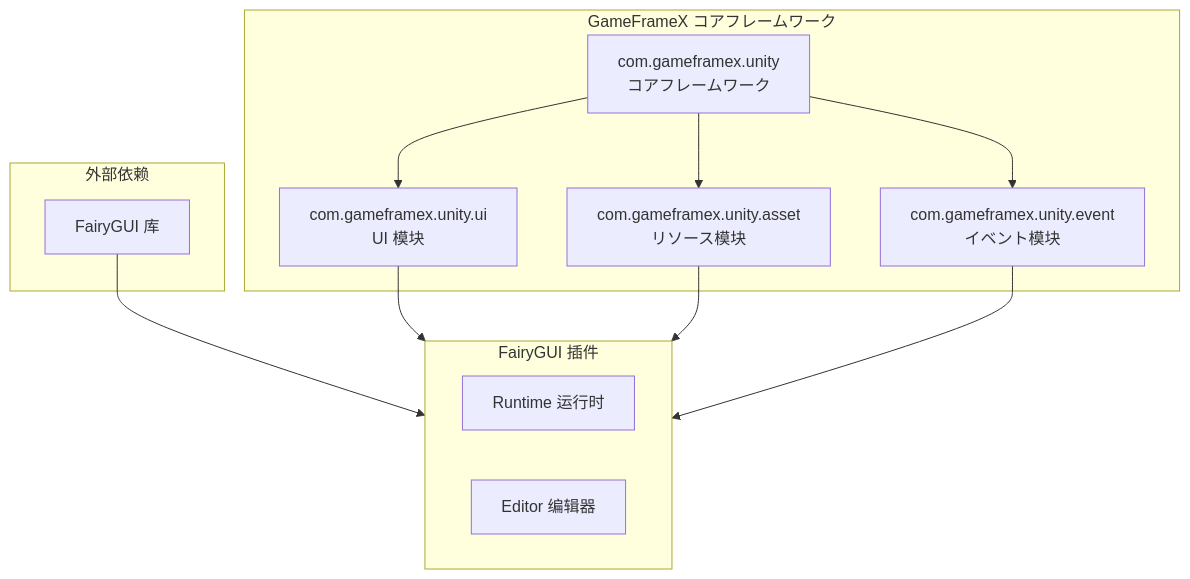
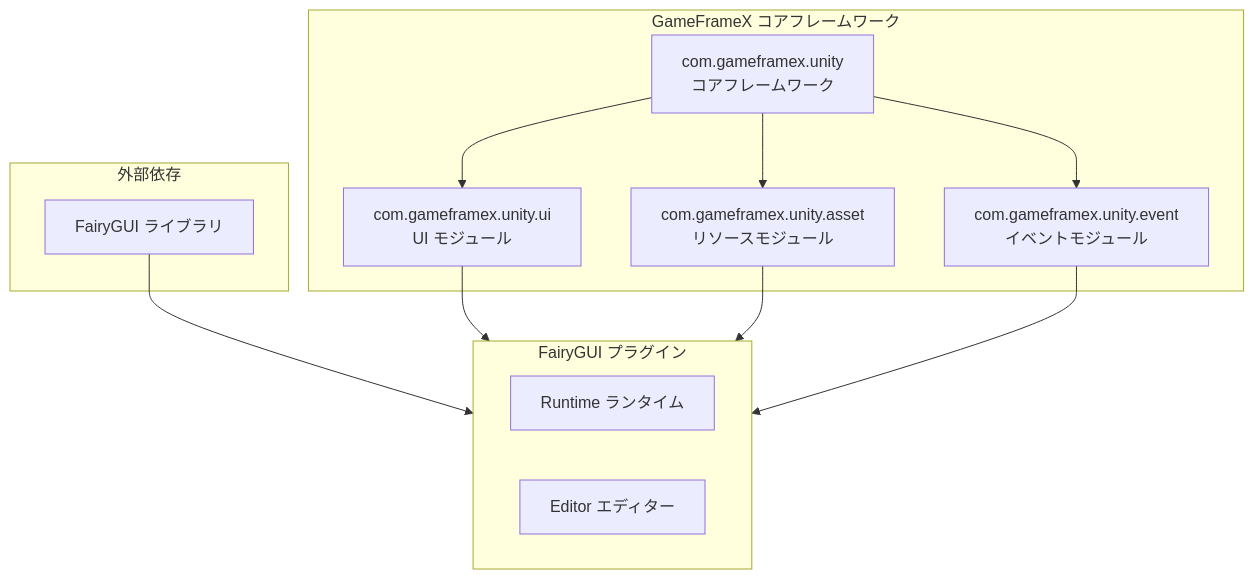
The first of 2 diagrams in docs/ja/client/unity/component/ui-fairygui/05.dependencies.md (AlianBlank/GameFrameX.Docs), drawn with Mermaid before and after one commit. The commit also changed other lines of this file and 320 other files, not shown here.

````diff
--- a/docs/ja/client/unity/component/ui-fairygui/05.dependencies.md
+++ b/docs/ja/client/unity/component/ui-fairygui/05.dependencies.md
@@ -11,26 +11,26 @@
 ```mermaid
 flowchart TD
-    subgraph External["外部依赖"]
-        FairyGUI[FairyGUI 库]
+    subgraph External["外部依存"]
+        FairyGUI[FairyGUI ライブラリ]
     end
 
     subgraph GameFrameXCore["GameFrameX コアフレームワーク"]
         GFXUnity[com.gameframex.unity<br/>コアフレームワーク]
-        GFXUI[com.gameframex.unity.ui<br/>UI 模块]
-        GFXAsset[com.gameframex.unity.asset<br/>リソース模块]
-        GFXEvent[com.gameframex.unity.event<br/>イベント模块]
+        GFXUI[com.gameframex.unity.ui<br/>UI モジュール]
+        GFXAsset[com.gameframex.unity.asset<br/>リソースモジュール]
+        GFXEvent[com.gameframex.unity.event<br/>イベントモジュール]
     end
 
-    subgraph FairyGUIPlugin["FairyGUI 插件"]
-        Runtime[Runtime 运行时]
-        Editor[Editor 编辑器]
+    subgraph FairyGUIPlugin["FairyGUI プラグイン"]
+        Runtime[Runtime ランタイム]
+        Editor[Editor エディター]
     end
 
     FairyGUI --> FairyGUIPlugin
     GFXUnity --> GFXUI
     GFXUnity --> GFXAsset
     GFXUnity --> GFXEvent
     GFXUI --> FairyGUIPlugin
     GFXAsset --> FairyGUIPlugin
     GFXEvent --> FairyGUIPlugin
 ```
````
